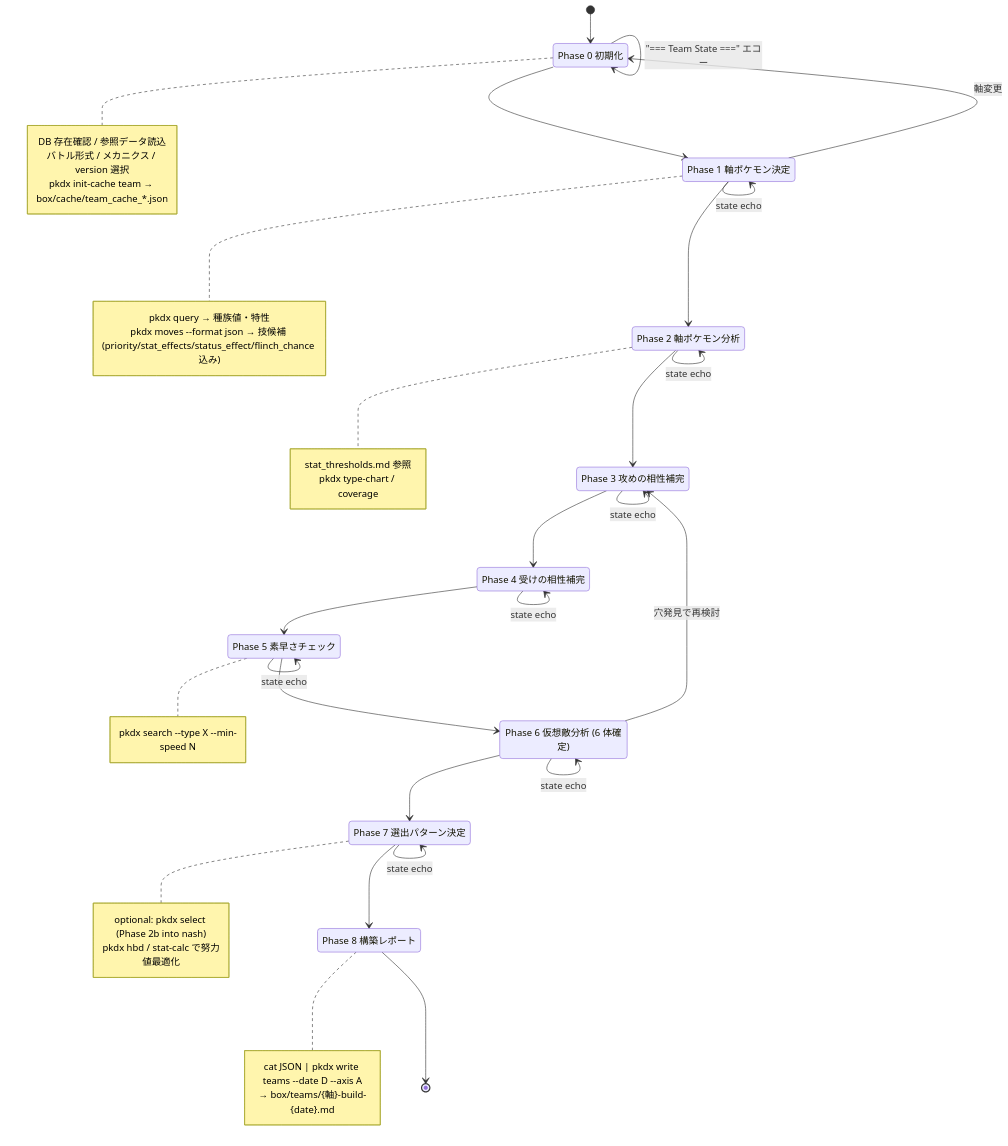
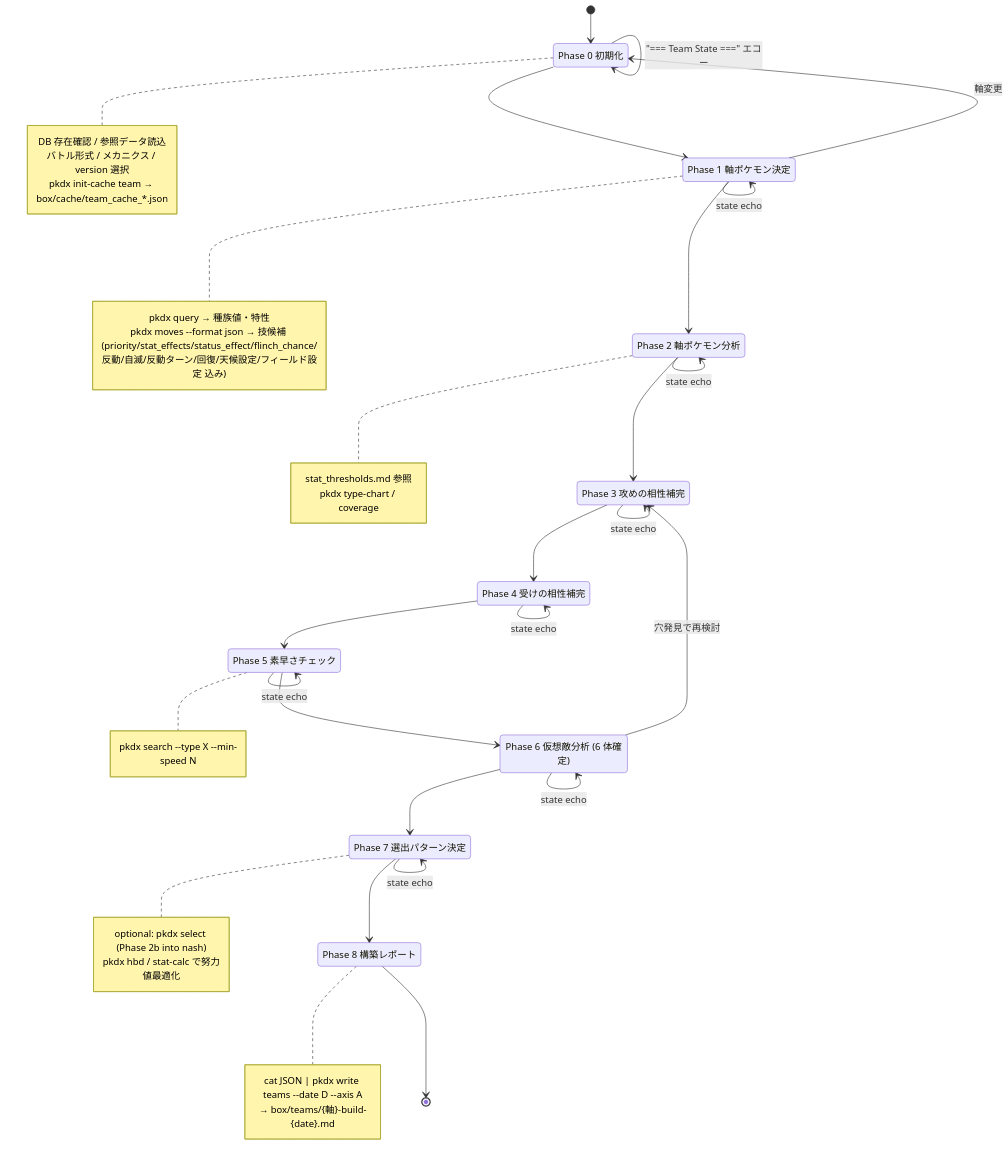
The second of 9 diagrams in .claude/architecture.md (pkdxtools/pkdx), drawn with Mermaid before and after one commit. The commit also changed other lines of this file and 8 other files, not shown here.

````diff
--- a/.claude/architecture.md
+++ b/.claude/architecture.md
@@ -52,67 +52,67 @@
 ```mermaid
 stateDiagram-v2
   [*] --> P0
 
   P0: Phase 0 初期化
   note right of P0
     DB 存在確認 / 参照データ読込
     バトル形式 / メカニクス / version 選択
     pkdx init-cache team → box/cache/team_cache_*.json
   end note
 
   P0 --> P1
 
   P1: Phase 1 軸ポケモン決定
   note right of P1
     pkdx query → 種族値・特性
-    pkdx moves --format json → 技候補 (priority/stat_effects/status_effect/flinch_chance 込み)
+    pkdx moves --format json → 技候補 (priority/stat_effects/status_effect/flinch_chance/反動/自滅/反動ターン/回復/天候設定/フィールド設定 込み)
   end note
 
   P1 --> P2
 
   P2: Phase 2 軸ポケモン分析
   note right of P2
     stat_thresholds.md 参照
     pkdx type-chart / coverage
   end note
 
   P2 --> P3
   P3: Phase 3 攻めの相性補完
   P3 --> P4
   P4: Phase 4 受けの相性補完
   P4 --> P5
   P5: Phase 5 素早さチェック
   note right of P5
     pkdx search --type X --min-speed N
   end note
 
   P5 --> P6
   P6: Phase 6 仮想敵分析 (6 体確定)
   P6 --> P7
   P7: Phase 7 選出パターン決定
   note right of P7
     optional: pkdx select (Phase 2b into nash)
     pkdx hbd / stat-calc で努力値最適化
   end note
 
   P7 --> P8
   P8: Phase 8 構築レポート
   note right of P8
     cat JSON | pkdx write teams --date D --axis A
     → box/teams/{軸}-build-{date}.md
   end note
 
   P8 --> [*]
 
   P0 --> P0: "=== Team State ===" エコー
   P1 --> P1: state echo
   P2 --> P2: state echo
   P3 --> P3: state echo
   P4 --> P4: state echo
   P5 --> P5: state echo
   P6 --> P6: state echo
   P7 --> P7: state echo
 
   P1 --> P0: 軸変更
   P6 --> P3: 穴発見で再検討
 ```
````
